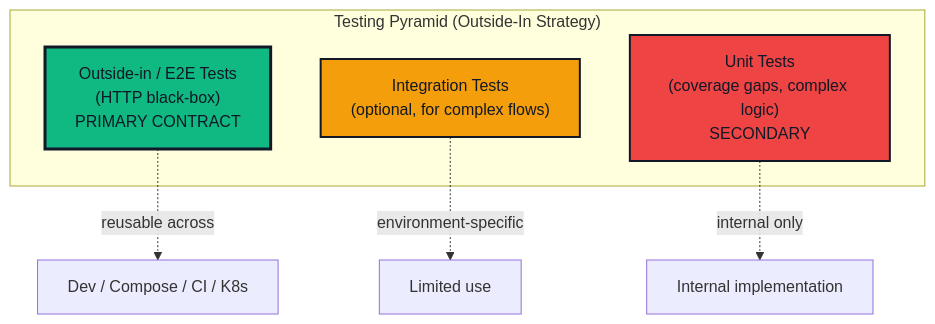
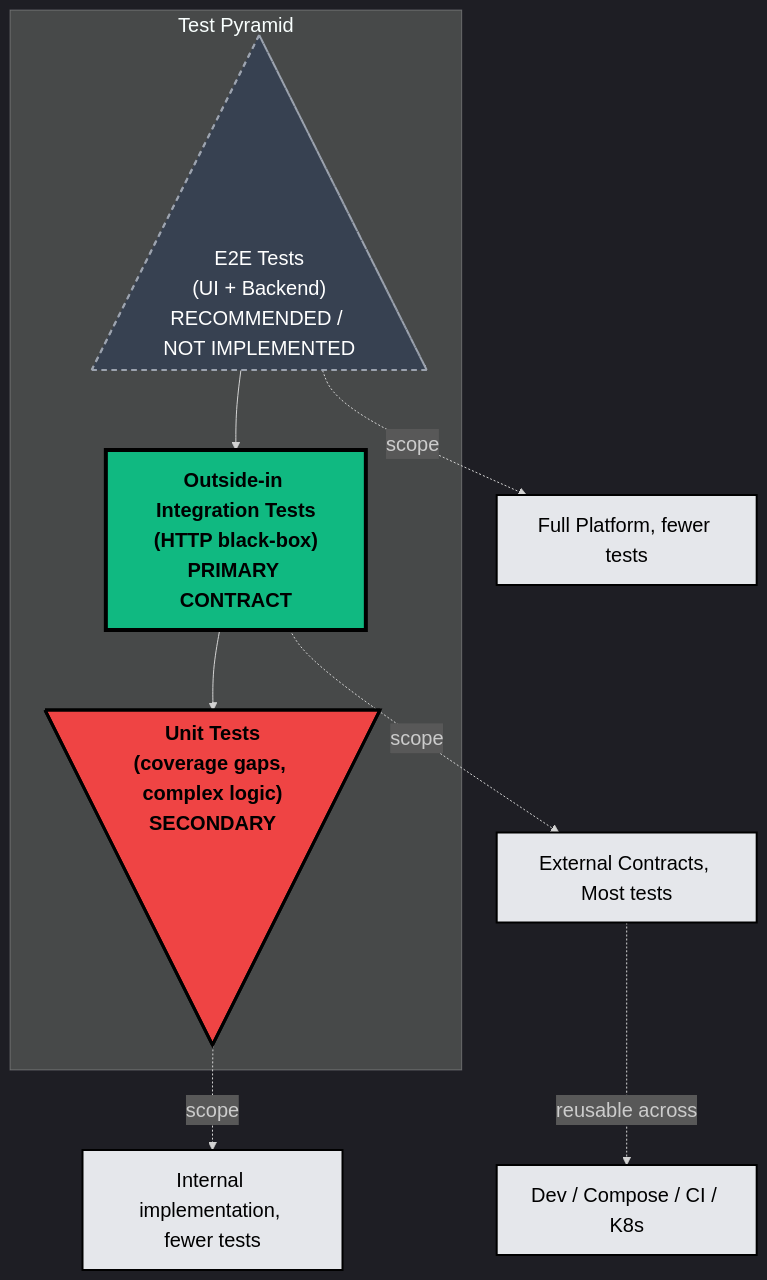
One commit to cazlo/go-outside-in-testing-strategy-example changed the first of 4 diagrams in docs/architecture.md. Above: the diagram before and after it, drawn with Mermaid. The commit also changed other lines of this file and 1 other file, not shown here.

````diff
--- a/docs/architecture.md
+++ b/docs/architecture.md
@@ -11,17 +11,27 @@
 ```mermaid
+%%{init: {'theme': 'dark', 'themeVariables': { 'fontSize': '20px', 'fontFamily': 'arial'}}}%%
+graph TD
+    subgraph Test Pyramid
+        E2E["E2E Tests<br/>(UI + Backend)<br/>RECOMMENDED / NOT IMPLEMENTED"]@{ shape: tri}
+        OutsideIn["Outside-in Integration Tests<br/>(HTTP black-box)<br/>PRIMARY CONTRACT"]
+        Unit["Unit Tests<br/>(coverage gaps, complex logic)<br/>SECONDARY"]@{ shape: flip-tri}
 
-graph TD
-    subgraph Pyramid["Testing Pyramid (Outside-In Strategy)"]
-        E2E["Outside-in / E2E Tests<br/>(HTTP black-box)<br/>PRIMARY CONTRACT"]
-        Integration["Integration Tests<br/>(optional, for complex flows)"]
-        Unit["Unit Tests<br/>(coverage gaps, complex logic)<br/>SECONDARY"]
+        E2E --> OutsideIn --> Unit
     end
     
-    E2E -.->|reusable across| Envs["Dev / Compose / CI / K8s"]
-    Integration -.->|environment-specific| Limited["Limited use"]
-    Unit -.->|internal only| Internal["Internal implementation"]
+    E2E -.->|scope| Full["Full Platform, fewer tests"]
     
-    style E2E fill:#10B981,stroke:#111827,stroke-width:3px,color:#111827
-    style Integration fill:#F59E0B,stroke:#111827,stroke-width:2px,color:#111827
-    style Unit fill:#EF4444,stroke:#111827,stroke-width:2px,color:#111827
+    OutsideIn -.->|scope| Most["External Contracts, Most tests"]
+    Most -.->|reusable across| Envs["Dev / Compose / CI / K8s"]
+    Unit -.->|scope| Internal["Internal implementation, fewer tests"]
+    
+    classDef default fill:#1F2937,stroke:#FFFFFF,stroke-width:2px,color:#FFFFFF
+    
+    style E2E fill:#374151,stroke:#9CA3AF,stroke-width:2px,stroke-dasharray: 5 5,color:#FFFFFF
+    style OutsideIn fill:#10B981,stroke:#000000,stroke-width:4px,color:#000000,font-weight:bold
+    style Unit fill:#EF4444,stroke:#000000,stroke-width:3px,color:#000000,font-weight:bold
+    style Full fill:#E5E7EB,stroke:#000000,stroke-width:2px,color:#000000
+    style Most fill:#E5E7EB,stroke:#000000,stroke-width:2px,color:#000000
+    style Envs fill:#E5E7EB,stroke:#000000,stroke-width:2px,color:#000000
+    style Internal fill:#E5E7EB,stroke:#000000,stroke-width:2px,color:#000000
 ```
````
